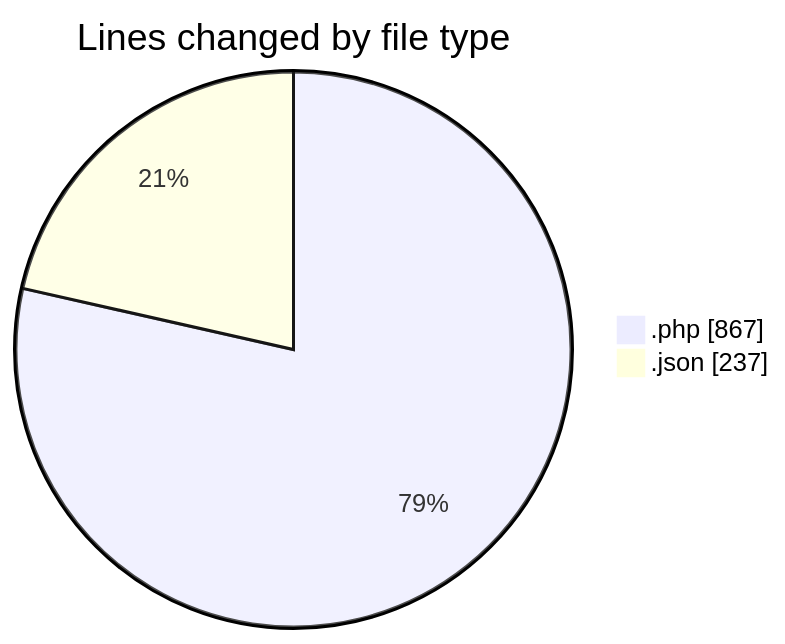
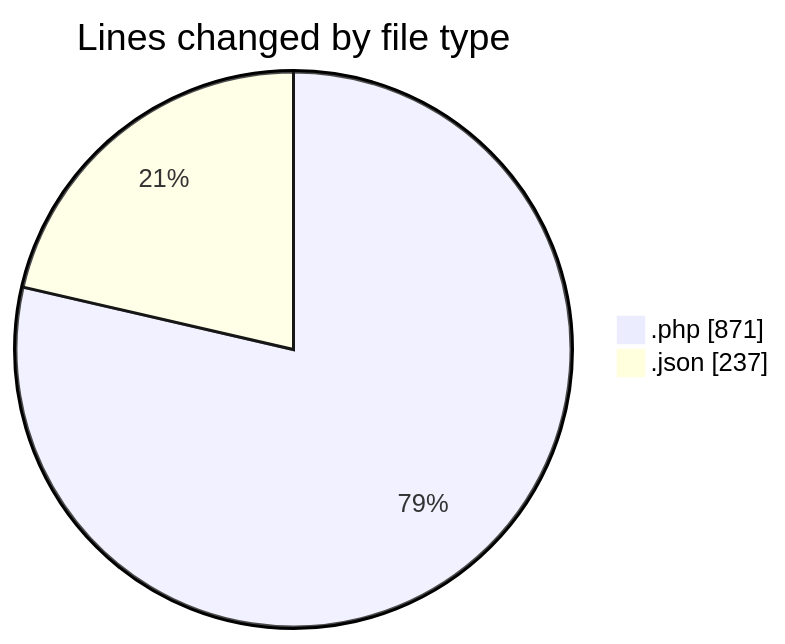
The first of 2 diagrams in 2025-06-17/studio-backend/README.md (idhammustaqopulfikri/code-tracking), drawn with Mermaid before and after one commit. The commit also changed other lines of this file and 1 other file, not shown here.

````diff
--- a/2025-06-17/studio-backend/README.md
+++ b/2025-06-17/studio-backend/README.md
@@ -23,6 +23,6 @@
 ```mermaid
 pie showData
 title Lines changed by file type
-".php" : 867
+".php" : 871
 ".json" : 237
 ```
````
